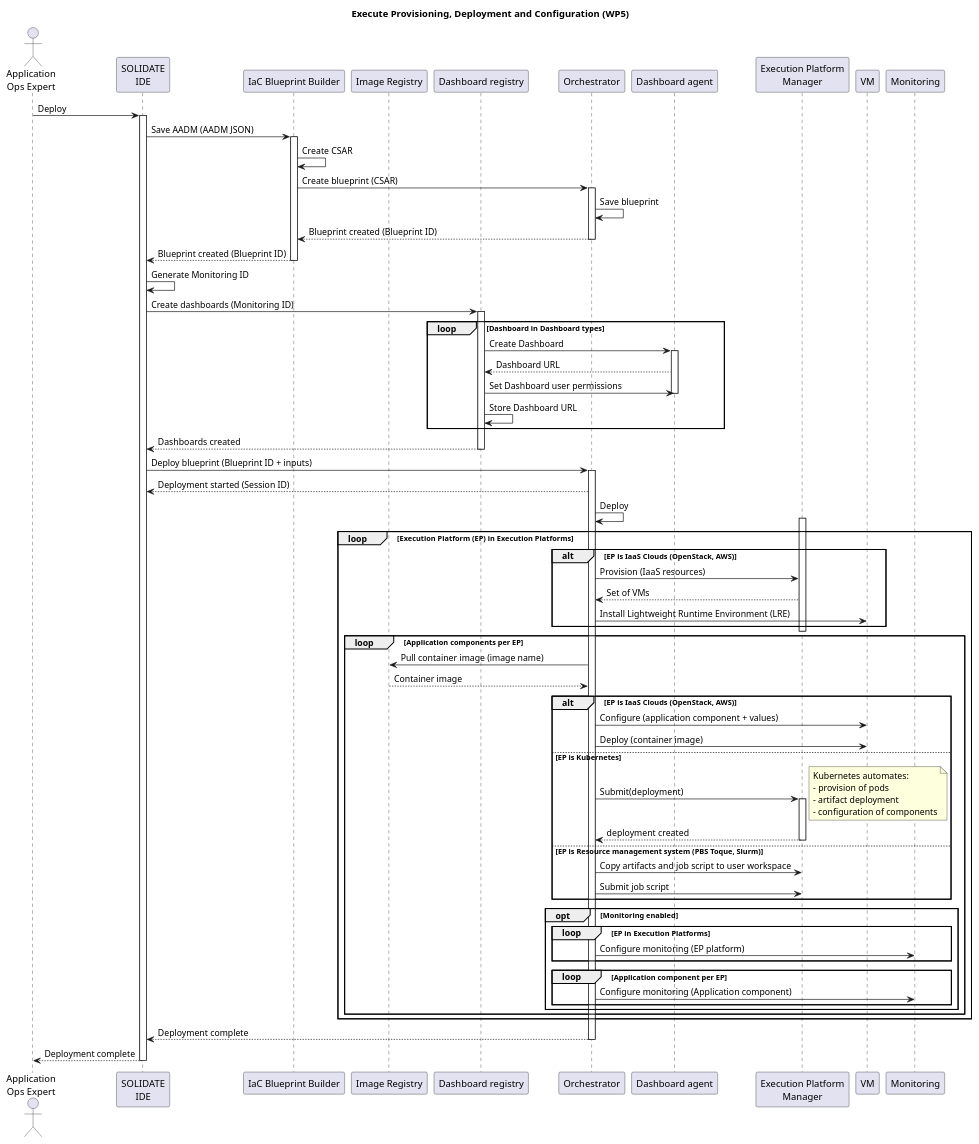
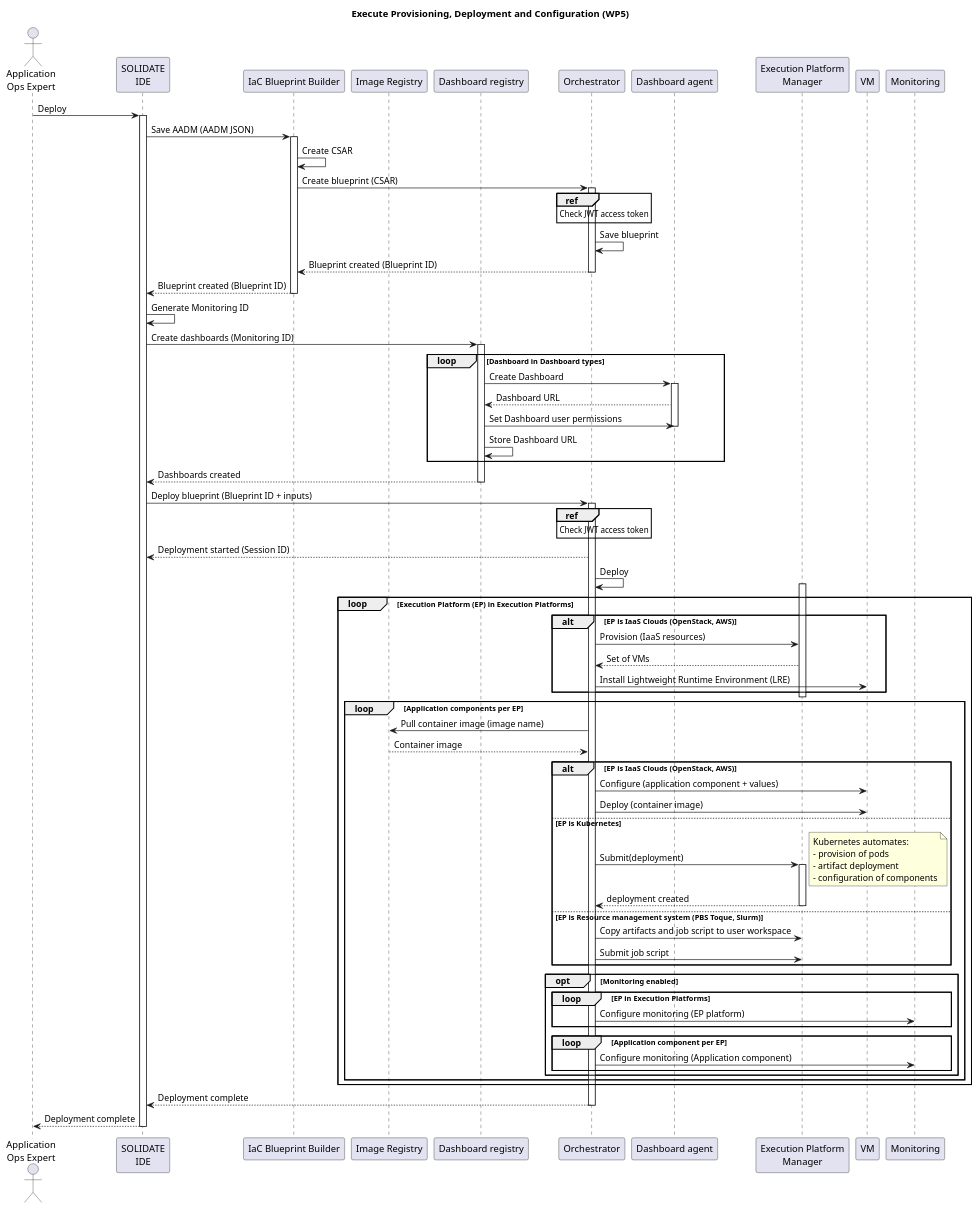
The diagram in uml/sequence-diagrams/UC-06-ExecuteProvisioningDeploymentAndConfiguration-WP5.puml (SODALITE-EU/project-wide-documentation), drawn with PlantUML before and after one commit. The commit also changed 8 other files, not shown here.

```diff
--- a/uml/sequence-diagrams/UC-06-ExecuteProvisioningDeploymentAndConfiguration-WP5.puml
+++ b/uml/sequence-diagrams/UC-06-ExecuteProvisioningDeploymentAndConfiguration-WP5.puml
@@ -1,100 +1,102 @@
 @startuml
 
 title Execute Provisioning, Deployment and Configuration (WP5)
 
 actor "Application\nOps Expert" as ops
 participant "SOLIDATE\nIDE" as ide
 participant "IaC Blueprint Builder" as builder
 participant "Image Registry" as imagereg
 participant "Dashboard registry" as registry
 participant  Orchestrator as orch
 participant "Dashboard agent" as dash
 participant "Execution Platform\nManager" as res
 participant "VM" as VM
 participant "Monitoring" as mon
 
 
 ops->ide: Deploy
 activate ide
 ide->builder: Save AADM (AADM JSON)
 activate builder
 builder->builder: Create CSAR
 builder->orch: Create blueprint (CSAR)
 activate orch
+ref over orch: Check JWT access token
 orch->orch: Save blueprint
 orch-->builder: Blueprint created (Blueprint ID)
 deactivate orch
 builder-->ide: Blueprint created (Blueprint ID)
 deactivate builder
 ide -> ide: Generate Monitoring ID
 ide -> registry: Create dashboards (Monitoring ID)
 activate registry
 loop Dashboard in Dashboard types
 registry -> dash: Create Dashboard
 activate dash
 dash --> registry: Dashboard URL
 registry -> dash: Set Dashboard user permissions
 deactivate dash
 registry -> registry: Store Dashboard URL
 end
 registry --> ide: Dashboards created
 deactivate registry
 ide->orch: Deploy blueprint (Blueprint ID + inputs)
 activate orch
+ref over orch: Check JWT access token
 orch-->ide: Deployment started (Session ID)
 orch->orch: Deploy
 
 loop Execution Platform (EP) in Execution Platforms
 
   activate res
   alt EP is IaaS Clouds (OpenStack, AWS)
     orch->res: Provision (IaaS resources)
     res-->orch: Set of VMs
     orch->VM: Install Lightweight Runtime Environment (LRE)
   end
   deactivate res
 
   loop Application components per EP
 
     orch->imagereg: Pull container image (image name)
     imagereg-->orch: Container image
 
     alt EP is IaaS Clouds (OpenStack, AWS)
       orch->VM: Configure (application component + values)
       orch->VM: Deploy (container image)
     else EP is Kubernetes
       orch->res: Submit(deployment)
       activate res
         note right
           Kubernetes automates:
           - provision of pods
           - artifact deployment
           - configuration of components
         end note
         res-->orch: deployment created
       deactivate res
 
     else EP is Resource management system (PBS Toque, Slurm)
       orch->res: Copy artifacts and job script to user workspace
       orch->res: Submit job script
     end
 
     opt Monitoring enabled
       loop EP in Execution Platforms
       orch->mon: Configure monitoring (EP platform)
       end
       loop Application component per EP
       orch->mon: Configure monitoring (Application component)
       end
     end
 
   end
 end
 
 orch-->ide: Deployment complete
 deactivate orch
 ide-->ops: Deployment complete
 deactivate ide
 
 
 @enduml
```
